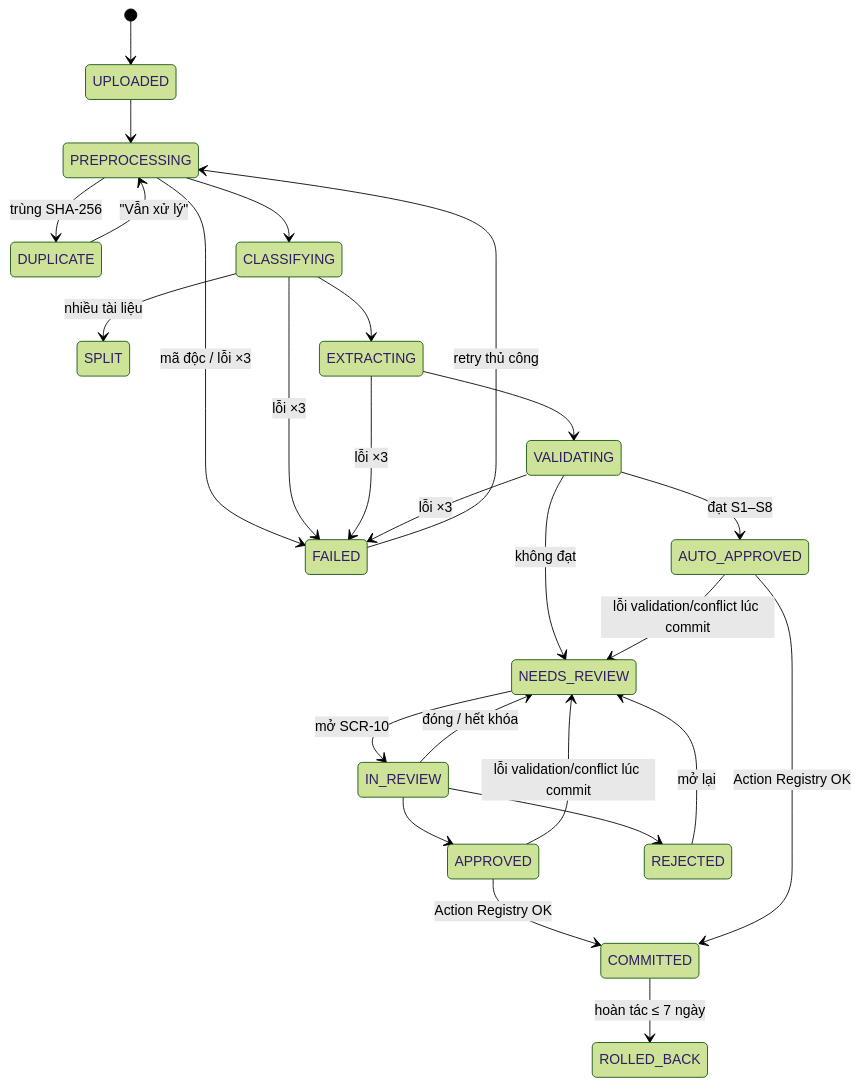
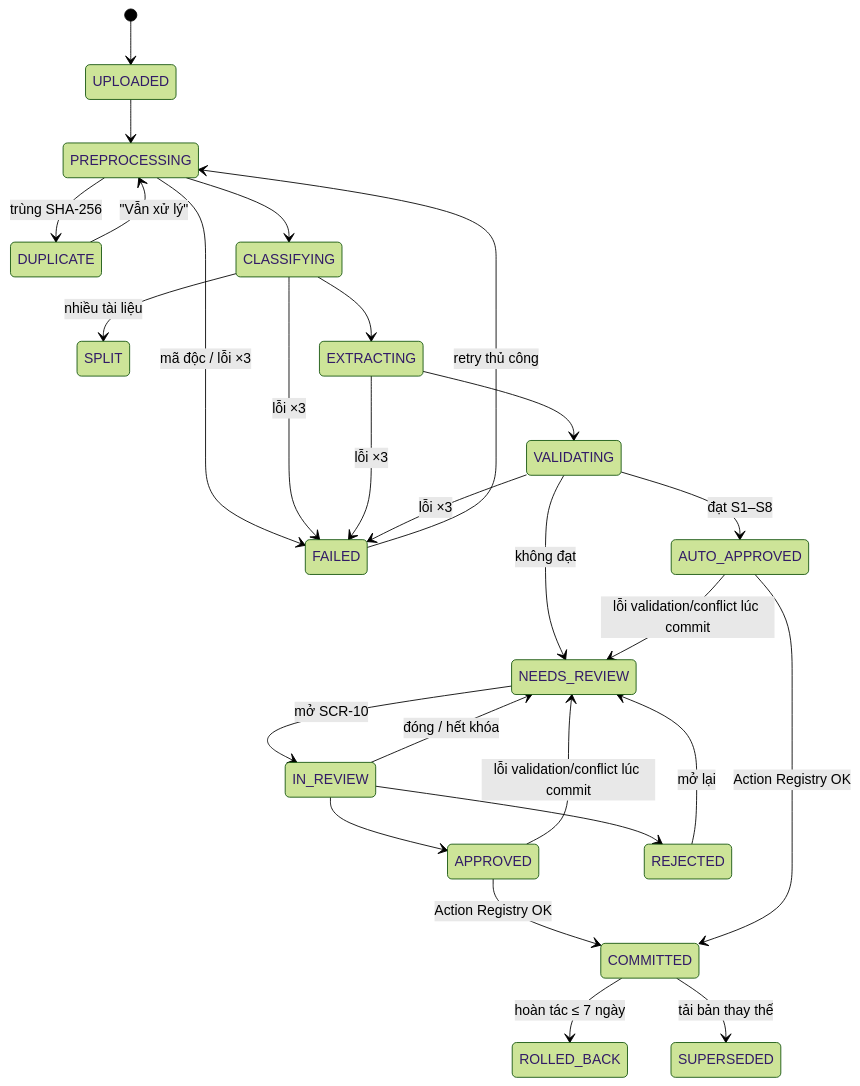
The second of 2 diagrams in docs/2.PRODUCT/04-IDP-FEATURE-SPEC.md (hovikhanh/Aureon), drawn with Mermaid (forest theme) before and after one commit. The commit also changed other lines of this file and 5 other files, not shown here.

````diff
--- a/docs/2.PRODUCT/04-IDP-FEATURE-SPEC.md
+++ b/docs/2.PRODUCT/04-IDP-FEATURE-SPEC.md
@@ -506,28 +549,29 @@
 ```mermaid
 stateDiagram-v2
     [*] --> UPLOADED
     UPLOADED --> PREPROCESSING
     PREPROCESSING --> DUPLICATE: trùng SHA-256
     DUPLICATE --> PREPROCESSING: "Vẫn xử lý"
     PREPROCESSING --> CLASSIFYING
     CLASSIFYING --> SPLIT: nhiều tài liệu
     CLASSIFYING --> EXTRACTING
     EXTRACTING --> VALIDATING
     PREPROCESSING --> FAILED: mã độc / lỗi ×3
     CLASSIFYING --> FAILED: lỗi ×3
     EXTRACTING --> FAILED: lỗi ×3
     VALIDATING --> FAILED: lỗi ×3
     FAILED --> PREPROCESSING: retry thủ công
     VALIDATING --> AUTO_APPROVED: đạt S1–S8
     VALIDATING --> NEEDS_REVIEW: không đạt
     NEEDS_REVIEW --> IN_REVIEW: mở SCR-10
     IN_REVIEW --> NEEDS_REVIEW: đóng / hết khóa
     IN_REVIEW --> APPROVED
     IN_REVIEW --> REJECTED
     REJECTED --> NEEDS_REVIEW: mở lại
     APPROVED --> COMMITTED: Action Registry OK
     AUTO_APPROVED --> COMMITTED: Action Registry OK
     AUTO_APPROVED --> NEEDS_REVIEW: lỗi validation/conflict lúc commit
     APPROVED --> NEEDS_REVIEW: lỗi validation/conflict lúc commit
     COMMITTED --> ROLLED_BACK: hoàn tác ≤ 7 ngày
+    COMMITTED --> SUPERSEDED: tải bản thay thế
 ```
````
